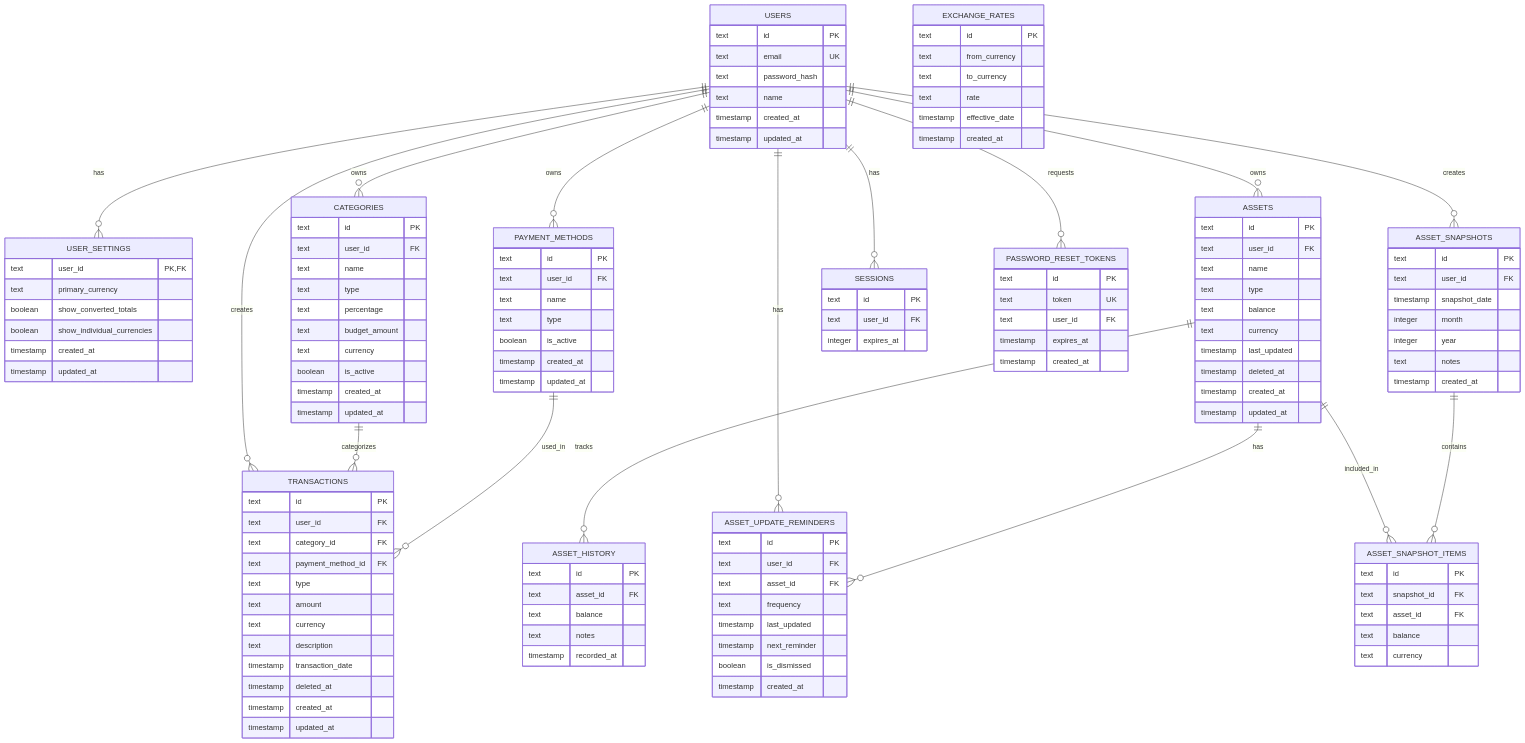
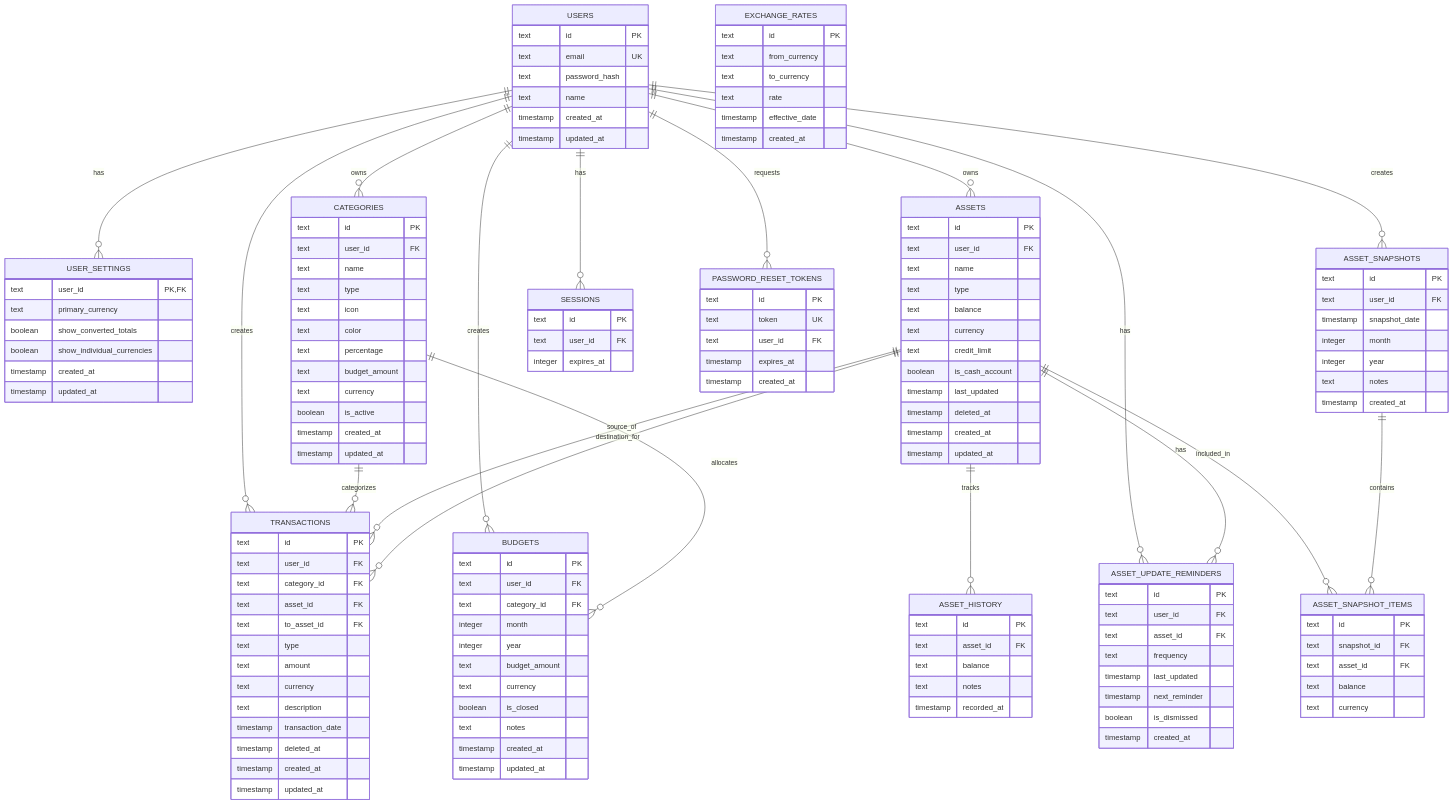
One commit to ivankristianto/allowealth changed the diagram in docs/architecture/004-database-schema.md. Above: the diagram before and after it, drawn with Mermaid. The commit also changed other lines of this file, not shown here.

First line of the commit message:
docs(database): update schema architecture to reflect assets-based transactions

```diff
--- a/docs/architecture/004-database-schema.md
+++ b/docs/architecture/004-database-schema.md
@@ -76,17 +78,19 @@
 erDiagram
     USERS ||--o{ USER_SETTINGS : "has"
     USERS ||--o{ CATEGORIES : "owns"
-    USERS ||--o{ PAYMENT_METHODS : "owns"
     USERS ||--o{ TRANSACTIONS : "creates"
     USERS ||--o{ ASSETS : "owns"
     USERS ||--o{ ASSET_UPDATE_REMINDERS : "has"
     USERS ||--o{ ASSET_SNAPSHOTS : "creates"
+    USERS ||--o{ BUDGETS : "creates"
     USERS ||--o{ SESSIONS : "has"
     USERS ||--o{ PASSWORD_RESET_TOKENS : "requests"
 
     CATEGORIES ||--o{ TRANSACTIONS : "categorizes"
-    PAYMENT_METHODS ||--o{ TRANSACTIONS : "used_in"
+    CATEGORIES ||--o{ BUDGETS : "allocates"
 
+    ASSETS ||--o{ TRANSACTIONS : "source_of"
+    ASSETS ||--o{ TRANSACTIONS : "destination_for"
     ASSETS ||--o{ ASSET_HISTORY : "tracks"
     ASSETS ||--o{ ASSET_UPDATE_REMINDERS : "has"
     ASSETS ||--o{ ASSET_SNAPSHOT_ITEMS : "included_in"
@@ -130,6 +134,8 @@
         text user_id FK
         text name
         text type
+        text icon
+        text color
         text percentage
         text budget_amount
         text currency
@@ -138,12 +144,16 @@
         timestamp updated_at
     }
 
-    PAYMENT_METHODS {
+    BUDGETS {
         text id PK
         text user_id FK
-        text name
-        text type
-        boolean is_active
+        text category_id FK
+        integer month
+        integer year
+        text budget_amount
+        text currency
+        boolean is_closed
+        text notes
         timestamp created_at
         timestamp updated_at
     }
@@ -152,7 +162,8 @@
         text id PK
         text user_id FK
         text category_id FK
-        text payment_method_id FK
+        text asset_id FK
+        text to_asset_id FK
         text type
         text amount
         text currency
@@ -170,6 +181,8 @@
         text type
         text balance
         text currency
+        text credit_limit
+        boolean is_cash_account
         timestamp last_updated
         timestamp deleted_at
         timestamp created_at
```
